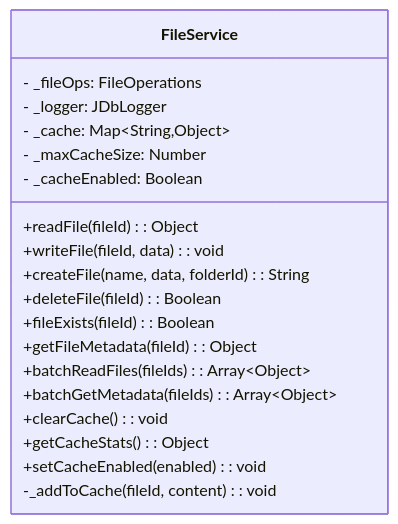
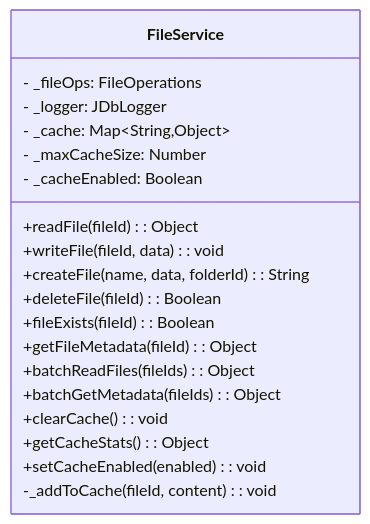
The sixth of 19 diagrams in docs/developers/Class_Diagrams.md (h-arnold/JsonDbApp), drawn with Mermaid before and after one commit. The commit also changed other lines of this file and 59 other files, not shown here.

````diff
--- a/docs/developers/Class_Diagrams.md
+++ b/docs/developers/Class_Diagrams.md
@@ -213,22 +213,22 @@
 ```mermaid
 classDiagram
     class FileService {
         - _fileOps: FileOperations
         - _logger: JDbLogger
         - _cache: Map~String,Object~
         - _maxCacheSize: Number
         - _cacheEnabled: Boolean
         +readFile(fileId): Object
         +writeFile(fileId, data): void
         +createFile(name, data, folderId): String
         +deleteFile(fileId): Boolean
         +fileExists(fileId): Boolean
         +getFileMetadata(fileId): Object
-        +batchReadFiles(fileIds): Array~Object~
-        +batchGetMetadata(fileIds): Array~Object~
+        +batchReadFiles(fileIds): Object
+        +batchGetMetadata(fileIds): Object
         +clearCache(): void
         +getCacheStats(): Object
         +setCacheEnabled(enabled): void
         -_addToCache(fileId, content): void
     }
 ```
````
